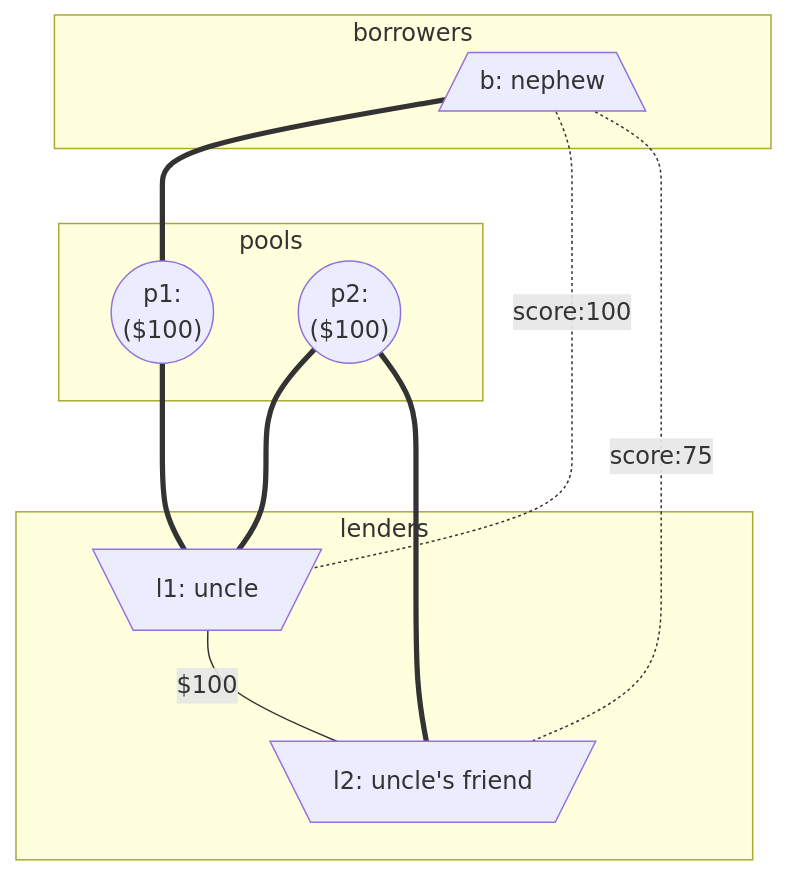
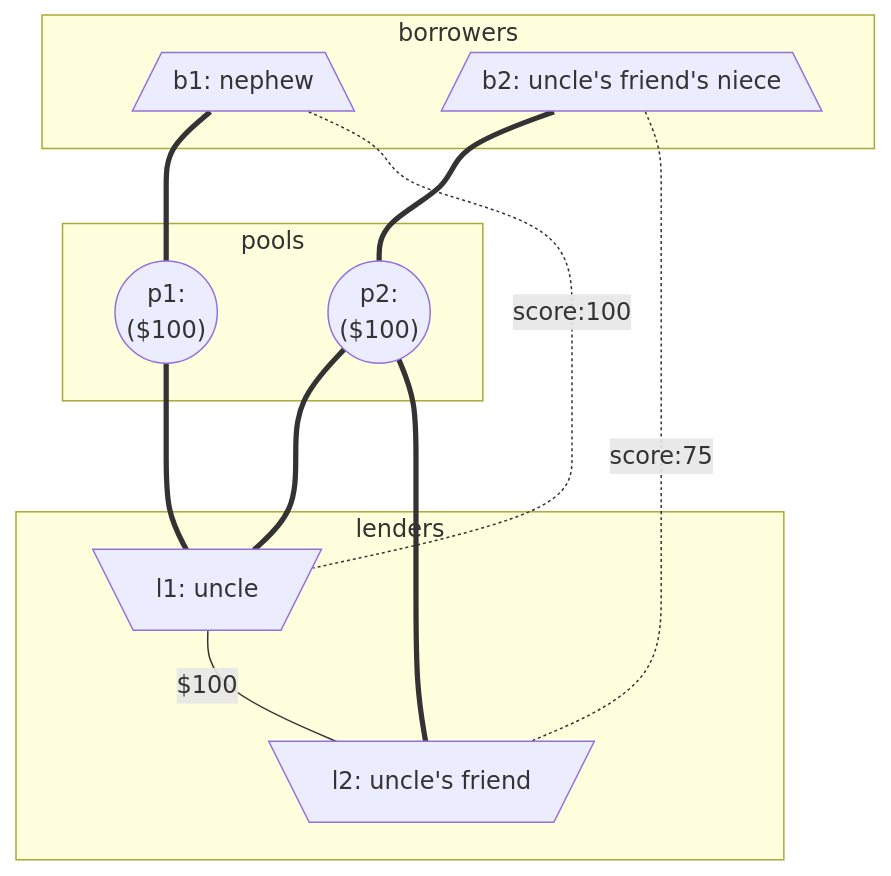
One commit to kirilligum/irl-trust changed the diagram in diagrams/indirect_connection_bpl_graph.mmd. Above: the diagram before and after it, drawn with Mermaid.

Commit message:
add indirect connection borrower pool lender graph

```diff
--- a/diagrams/indirect_connection_bpl_graph.mmd
+++ b/diagrams/indirect_connection_bpl_graph.mmd
@@ -1,19 +1,21 @@
 graph TD
   subgraph borrowers
-  b[/"b: nephew"\]
+  b1[/"b1: nephew"\]
+  b2[/"b2: uncle's friend's niece"\]
   end
   subgraph pools
   p1(("p1: <br/> ($100)"))
   p2(("p2: <br/> ($100)"))
   end
   subgraph lenders
     l1[\"l1: uncle"/]
     l2[\"l2: uncle's friend"/]
   end
-  b===p1
+  b1===p1
+  b2===p2
   p1===l1
   p2===l1
   p2===l2
-  b-.-|"score:100"|l1
-  b-.-|"score:75"|l2
+  b1-.-|"score:100"|l1
+  b2-.-|"score:75"|l2
   l1---|"$100"|l2
```
